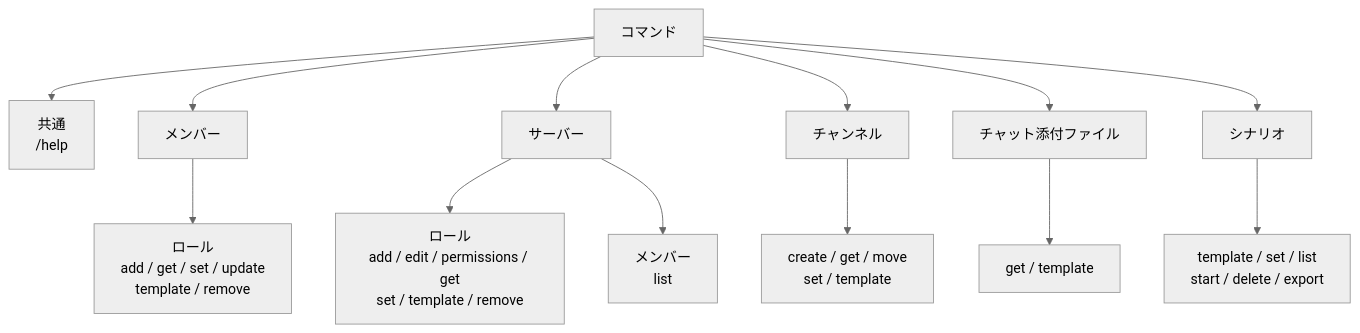
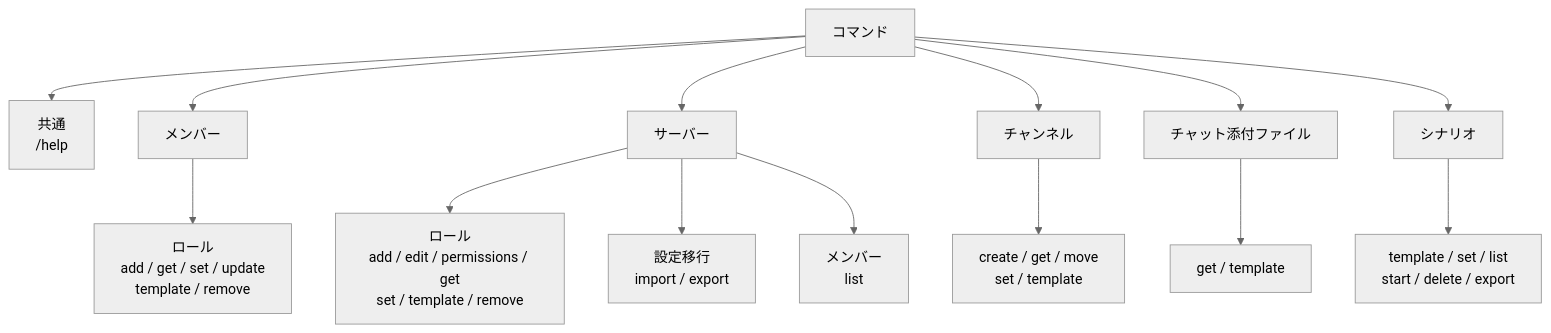
Before and after one commit to tenkouryu/DiscordBot_ServerController: the diagram in Document/README_JP.md, drawn with Mermaid (neutral theme). The commit also changed other lines of this file and 55 other files, not shown here.

````diff
--- a/Document/README_JP.md
+++ b/Document/README_JP.md
@@ -132,16 +93,17 @@
 ```mermaid
 flowchart TD
     A["コマンド"] --> B["共通<br/>/help"]
     A --> C["メンバー"]
     A --> D["サーバー"]
     A --> E["チャンネル"]
     A --> F["チャット添付ファイル"]
     A --> G["シナリオ"]
 
     C --> C1["ロール<br/>add / get / set / update<br/>template / remove"]
     D --> D1["ロール<br/>add / edit / permissions / get<br/>set / template / remove"]
+    D --> D3["設定移行<br/>import / export"]
     D --> D2["メンバー<br/>list"]
     E --> E1["create / get / move<br/>set / template"]
     F --> F1["get / template"]
     G --> G1["template / set / list<br/>start / delete / export"]
 ```
````
